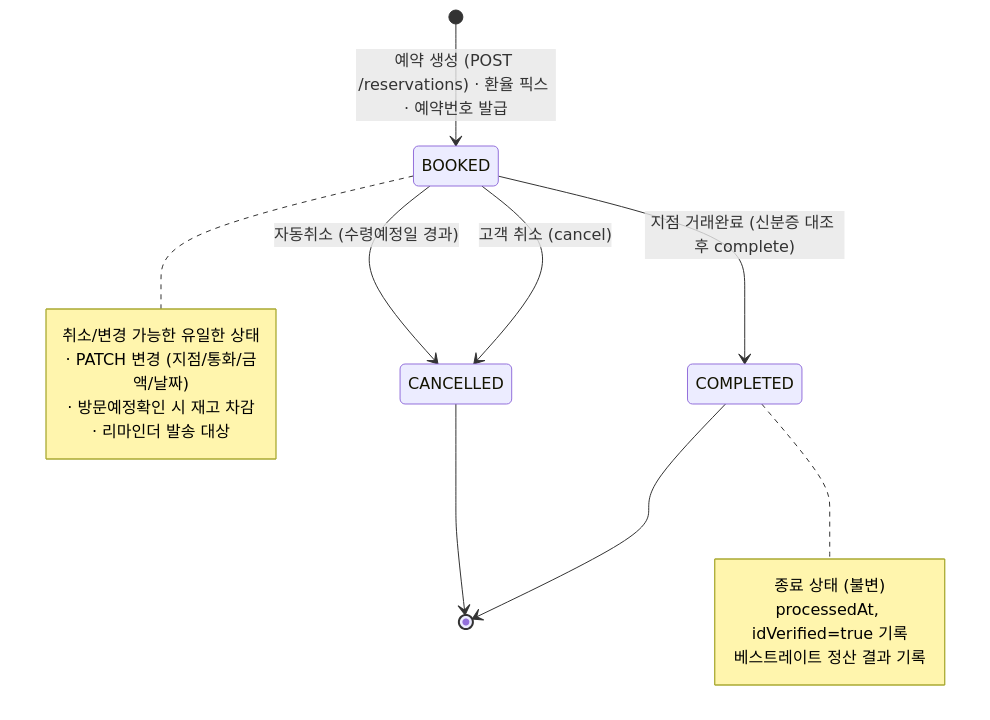
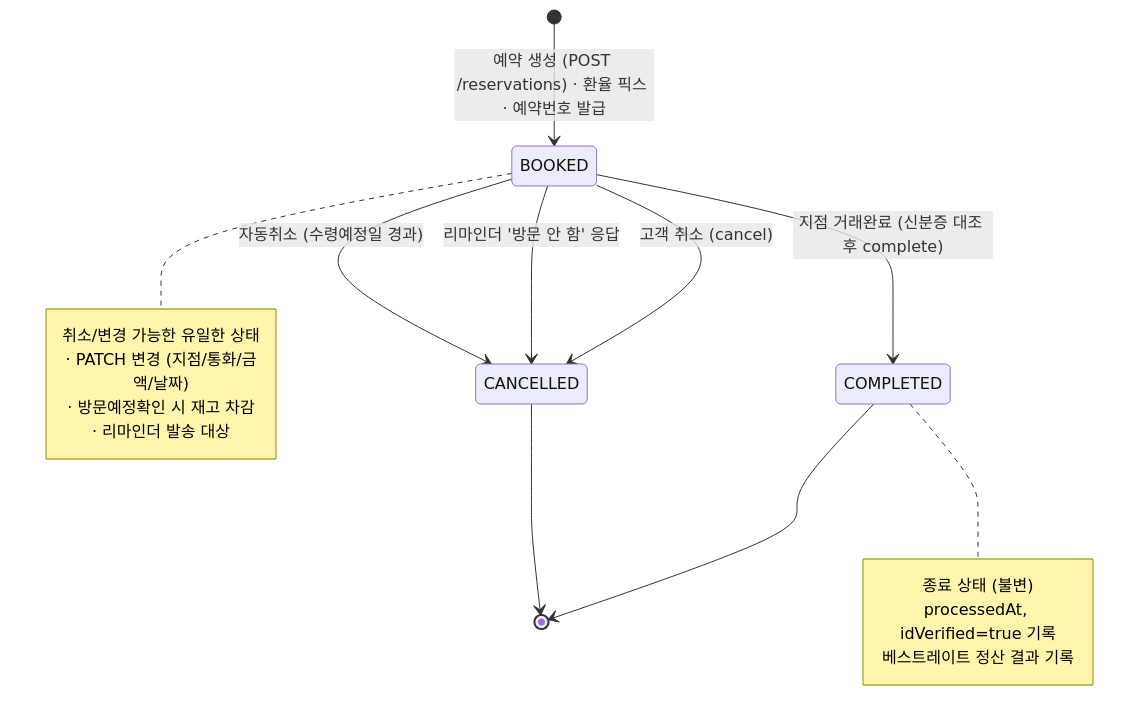
The diagram in docs-plan/06_상태도.mermaid (ahyeonine/moneybox_fw01), drawn with Mermaid before and after one commit. The commit also changed 1 other file, not shown here.

Commit message:
docs(policy): 리마인더 '방문 안 함' 응답 시 즉시 취소 (#26)
- If the customer replies "not coming", cancel the reservation immediately
  (not independent of the reminder response)
- Keep deadline auto-cancel for no-response / confirmed-but-no-show
- Reflect the "not coming -> cancel" transition in the state diagram

Claude-Session: https://claude.ai/code/session_01FCmLHYetB95rdxSqp2KZdR

```diff
--- a/docs-plan/06_상태도.mermaid
+++ b/docs-plan/06_상태도.mermaid
@@ -1,19 +1,20 @@
 stateDiagram-v2
     [*] --> BOOKED: 예약 생성 (POST /reservations) · 환율 픽스 · 예약번호 발급
     BOOKED --> COMPLETED: 지점 거래완료 (신분증 대조 후 complete)
     BOOKED --> CANCELLED: 고객 취소 (cancel)
+    BOOKED --> CANCELLED: 리마인더 '방문 안 함' 응답
     BOOKED --> CANCELLED: 자동취소 (수령예정일 경과)
     COMPLETED --> [*]
     CANCELLED --> [*]
 
     note right of BOOKED
       취소/변경 가능한 유일한 상태
       · PATCH 변경 (지점/통화/금액/날짜)
       · 방문예정확인 시 재고 차감
       · 리마인더 발송 대상
     end note
     note right of COMPLETED
       종료 상태 (불변)
       processedAt, idVerified=true 기록
       베스트레이트 정산 결과 기록
     end note
```
